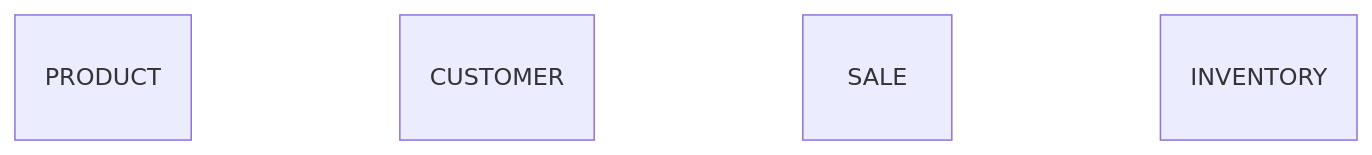
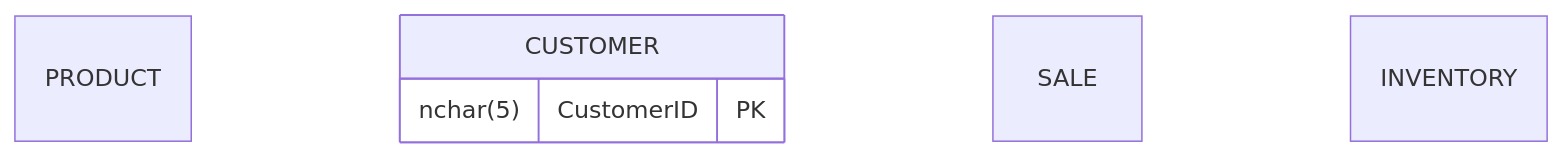
One commit to KPRMODI/KPRMODI.github.io changed the diagram in NikeStore_ERD.md. Above: the diagram before and after it, drawn with Mermaid. The commit also changed other lines of this file and 1 other file, not shown here.

Commit message:
Added Guessing.md and guessing number flowchart in mermaid

````diff
--- a/NikeStore_ERD.md
+++ b/NikeStore_ERD.md
@@ -1,11 +1,12 @@
 ```mermaid
 erDiagram
 PRODUCT {
 }
 CUSTOMER {
+    nchar(5) CustomerID PK
 }
 SALE {
 }
 INVENTORY {
 }
 ```
````
